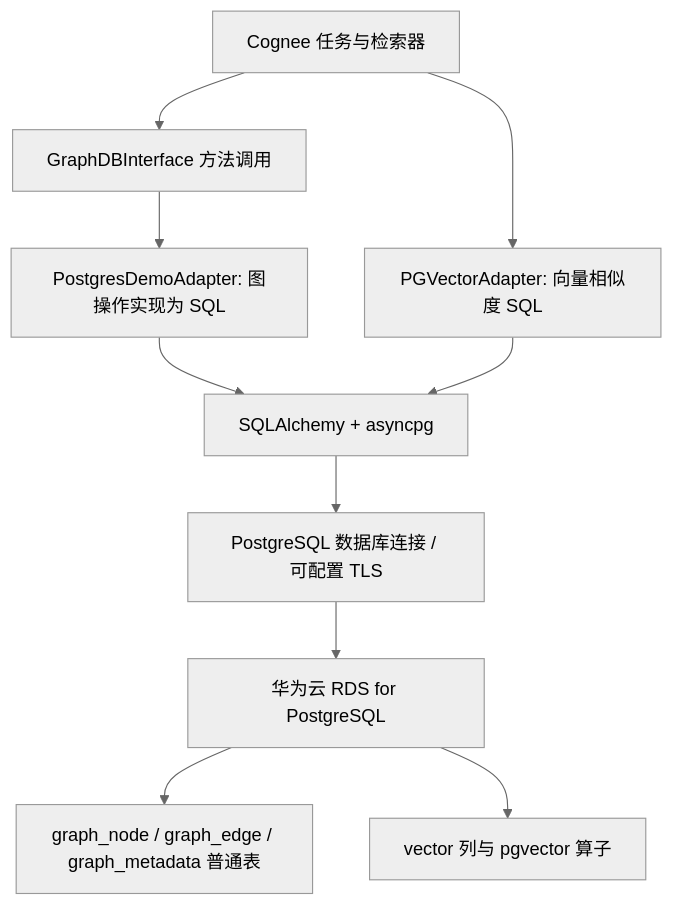
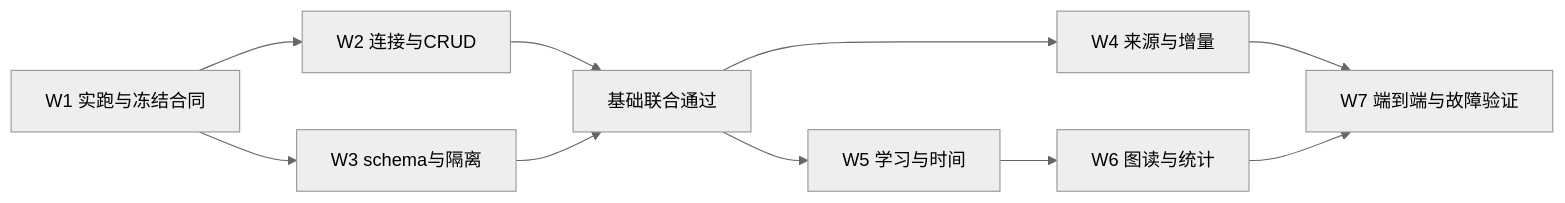
Before and after one commit to stefanv5/memory-platform-architecture: the seventh of 7 diagrams in docs/cognee/graph-storage-postgres-analysis.md, drawn with Mermaid (neutral theme). The commit also changed other lines of this file and 8 other files, not shown here.

Commit message:
docs(cognee): consolidate graph backend analysis and tenant risks

````diff
--- a/docs/cognee/graph-storage-postgres-analysis.md
+++ b/docs/cognee/graph-storage-postgres-analysis.md
@@ -323,12 +1212,12 @@
 ```mermaid
-flowchart TB
-    C[Cognee 任务与检索器] --> G[GraphDBInterface 方法调用]
-    G --> A[PostgresDemoAdapter: 图操作实现为 SQL]
-    C --> V[PGVectorAdapter: 向量相似度 SQL]
-    A --> D[SQLAlchemy + asyncpg]
-    V --> D
-    D --> P[PostgreSQL 数据库连接 / 可配置 TLS]
-    P --> R[华为云 RDS for PostgreSQL]
-    R --> T[graph_node / graph_edge / graph_metadata 普通表]
-    R --> E[vector 列与 pgvector 算子]
+flowchart LR
+    P[W1 实跑与冻结合同] --> A[W2 连接与CRUD]
+    P --> B[W3 schema与隔离]
+    A --> S[基础联合通过]
+    B --> S
+    S --> C[W4 来源与增量]
+    S --> D[W5 学习与时间]
+    D --> E[W6 图读与统计]
+    C --> I[W7 端到端与故障验证]
+    E --> I
 ```
````
